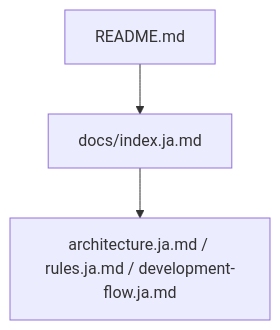
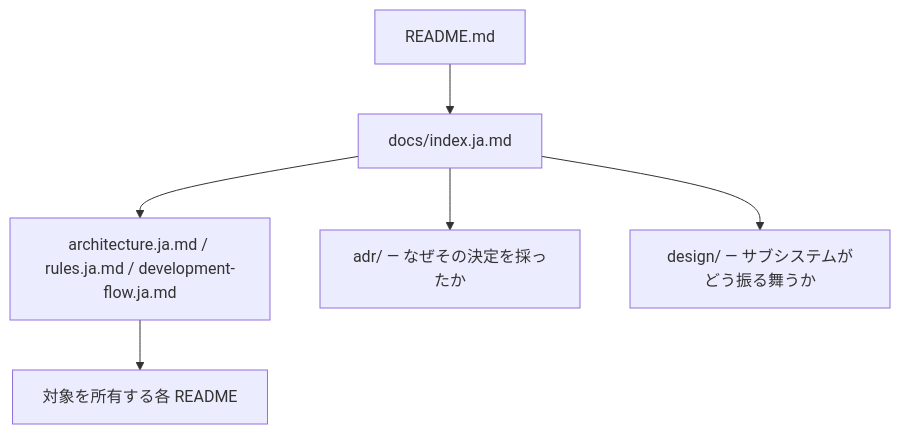
Before and after one commit to Tomy-ch/go-boilerplate: the seventh of 7 diagrams in docs/ja/index.ja.md, drawn with Mermaid. The commit also changed other lines of this file and 1 other file, not shown here.

````diff
--- a/docs/ja/index.ja.md
+++ b/docs/ja/index.ja.md
@@ -105,4 +132,8 @@
 ```mermaid
 flowchart TB
-    Readme["README.md"] --> Index["docs/index.ja.md"] --> Docs["architecture.ja.md / rules.ja.md / development-flow.ja.md"]
+    Readme["README.md"] --> Index["docs/index.ja.md"]
+    Index --> Core["architecture.ja.md / rules.ja.md / development-flow.ja.md"]
+    Index --> Adr["adr/ — なぜその決定を採ったか"]
+    Index --> Design["design/ — サブシステムがどう振る舞うか"]
+    Core --> Pkg["対象を所有する各 README"]
 ```
````
